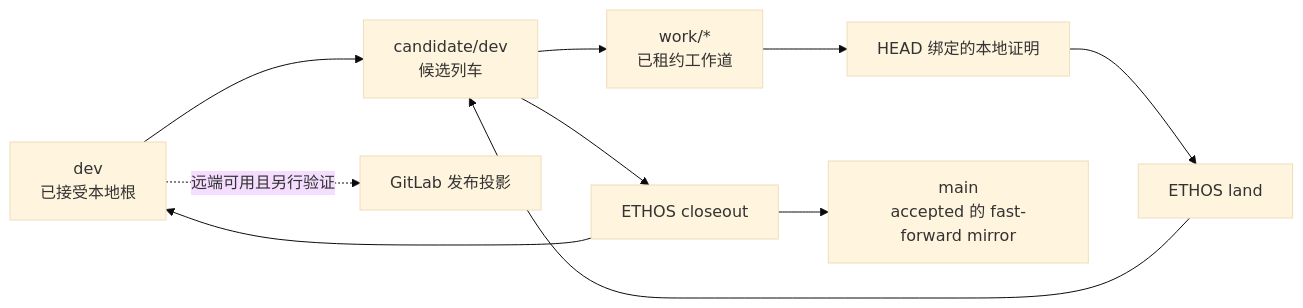
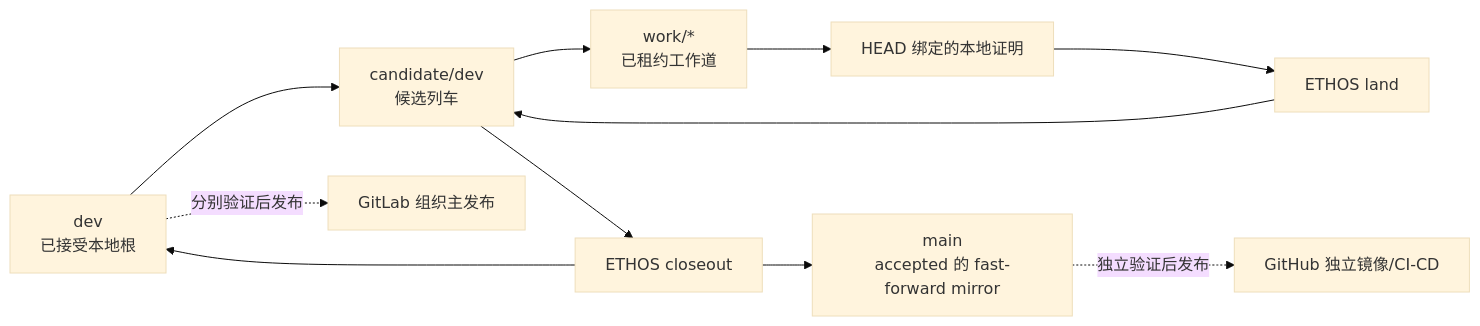
One commit to HengYangDS/data-department-work-guidelines changed the diagram in docs/governance/ethos.md. Above: the diagram before and after it, drawn with Mermaid (base theme). The commit also changed other lines of this file and 104 other files, not shown here.

````diff
--- a/docs/governance/ethos.md
+++ b/docs/governance/ethos.md
@@ -35,12 +40,13 @@
 ```mermaid
 flowchart LR
     A["dev\n已接受本地根"] --> B["candidate/dev\n候选列车"]
     B --> C["work/*\n已租约工作道"]
     C --> D["HEAD 绑定的本地证明"]
     D --> E["ETHOS land"]
     E --> B
     B --> F["ETHOS closeout"]
     F --> A["dev\n已接受本地根"]
     F --> H["main\naccepted 的 fast-forward mirror"]
-    A -. "远端可用且另行验证" .-> G["GitLab 发布投影"]
+    A -. "分别验证后发布" .-> G["GitLab 组织主发布"]
+    H -. "独立验证后发布" .-> I["GitHub 独立镜像/CI-CD"]
 ```
````
